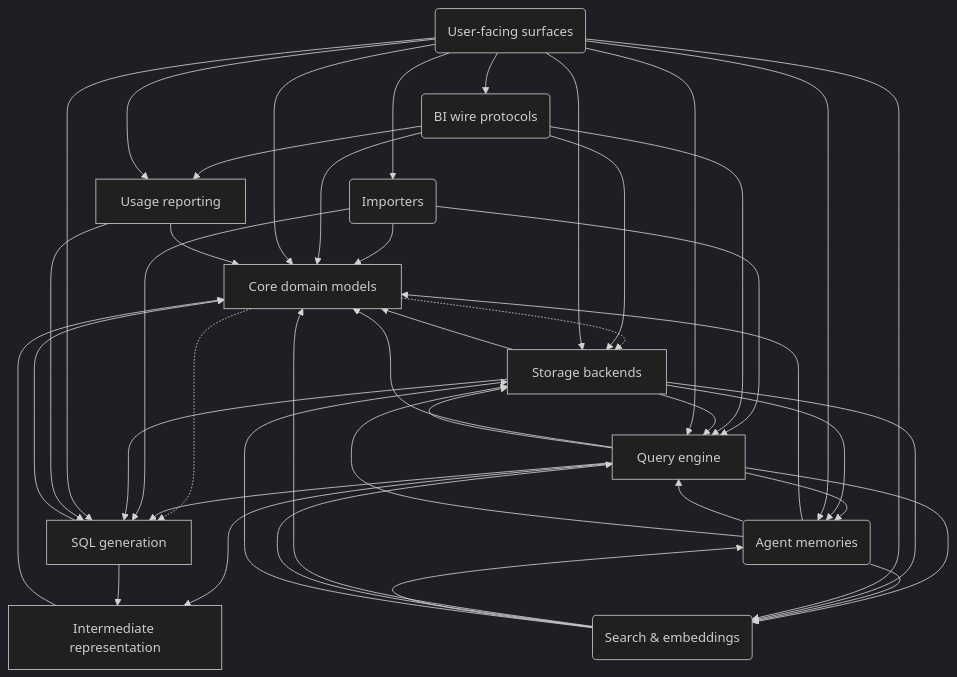
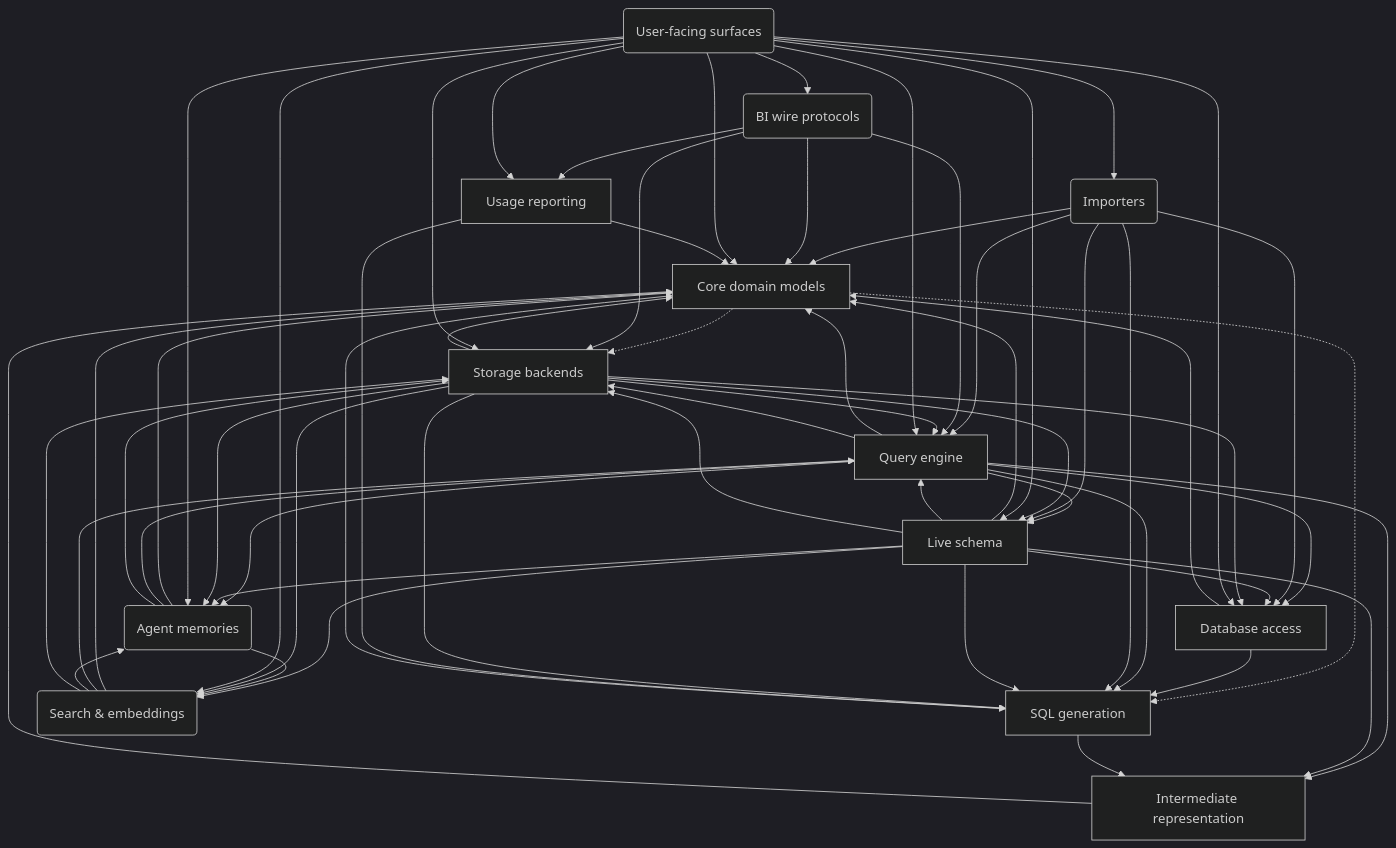
Before and after one commit to MotleyAI/slayer: the diagram in architecture/system.arc42.md, drawn with Mermaid (dark theme). The commit also changed 6 other files, not shown here.

Commit message:
DEV-2182: regenerate arc42 diagrams for the carved nodes

````diff
--- a/architecture/system.arc42.md
+++ b/architecture/system.arc42.md
@@ -17,57 +17,75 @@
 ```mermaid
 flowchart TD
   %% landscape: SLayer landscape
   core["Core domain models"]
   sql["SQL generation"]
   engine["Query engine"]
+  database["Database access"]
+  live_schema["Live schema"]
   ir["Intermediate representation"]
   storage["Storage backends"]
   importers("Importers")
   search("Search & embeddings")
   memories("Agent memories")
   protocols("BI wire protocols")
   usage_reporting["Usage reporting"]
   surfaces("User-facing surfaces")
   core -.-> sql
   core -.-> storage
   engine --> core
+  database --> core
+  database --> sql
+  engine --> database
+  engine --> live_schema
   engine --> ir
   engine --> memories
-  engine --> search
   engine --> sql
   engine --> storage
   importers --> core
+  importers --> database
+  importers --> live_schema
   importers --> engine
   importers --> sql
   ir --> core
+  live_schema --> core
+  live_schema --> database
+  live_schema --> engine
+  live_schema --> ir
+  live_schema --> memories
+  live_schema --> search
+  live_schema --> sql
+  live_schema --> storage
   memories --> core
   memories --> engine
   memories --> search
   memories --> storage
   protocols --> core
   protocols --> engine
   protocols --> storage
   search --> core
   search --> engine
   search --> memories
   search --> storage
   sql --> core
   sql --> ir
   storage --> core
+  storage --> database
   storage --> engine
+  storage --> live_schema
   storage --> memories
   storage --> search
   storage --> sql
   surfaces --> core
+  surfaces --> database
   surfaces --> engine
   surfaces --> importers
+  surfaces --> live_schema
   surfaces --> memories
   surfaces --> protocols
   surfaces --> search
-  surfaces --> sql
   surfaces --> storage
   protocols --> usage_reporting
   surfaces --> usage_reporting
   usage_reporting --> core
   usage_reporting --> sql
 ```
````
